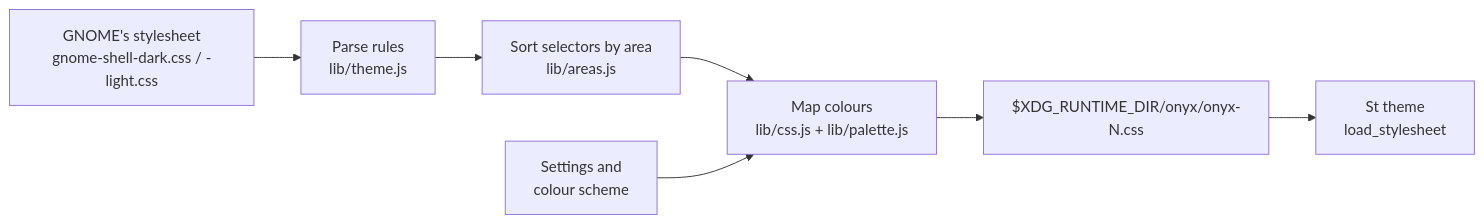
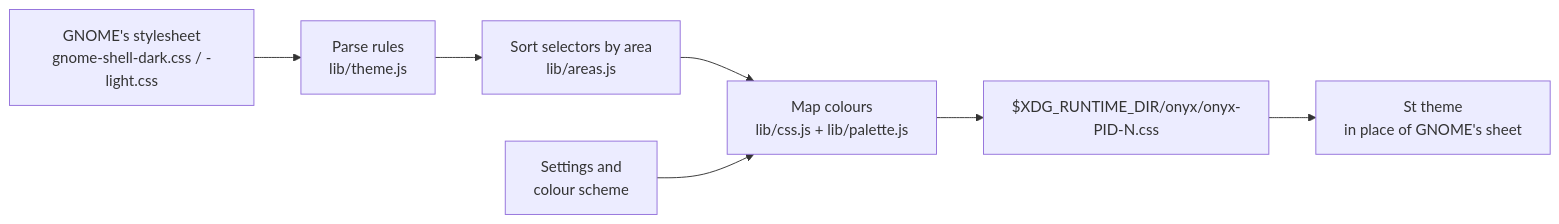
Before and after one commit to tomsliikee/onyx: the diagram in README.md, drawn with Mermaid. The commit also changed other lines of this file and 6 other files, not shown here.

First line of the commit message:
Replace GNOME's stylesheet instead of loading on top of it

````diff
--- a/README.md
+++ b/README.md
@@ -36,9 +36,9 @@
 ```mermaid
 flowchart LR
     G["GNOME's stylesheet<br/>gnome-shell-dark.css / -light.css"] --> P["Parse rules<br/>lib/theme.js"]
     P --> A["Sort selectors by area<br/>lib/areas.js"]
     A --> M["Map colours<br/>lib/css.js + lib/palette.js"]
     S["Settings and<br/>colour scheme"] --> M
-    M --> F["$XDG_RUNTIME_DIR/onyx/onyx-N.css"]
-    F --> T["St theme<br/>load_stylesheet"]
+    M --> F["$XDG_RUNTIME_DIR/onyx/onyx-PID-N.css"]
+    F --> T["St theme<br/>in place of GNOME's sheet"]
 ```
````
